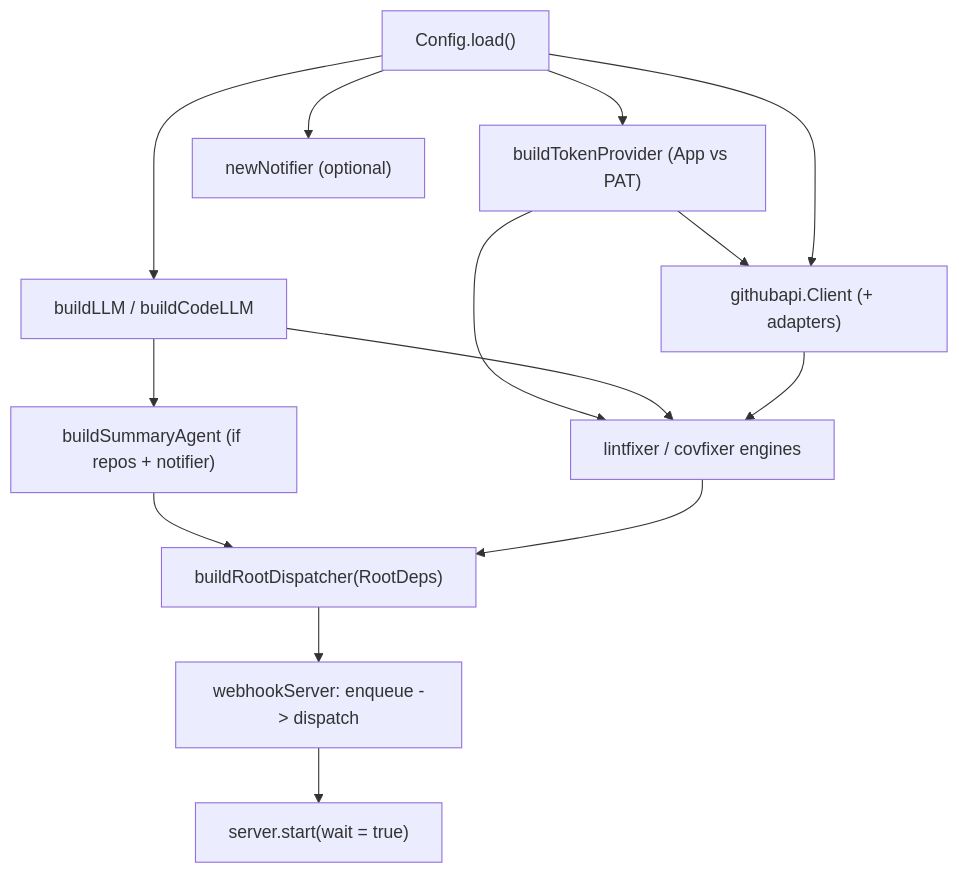
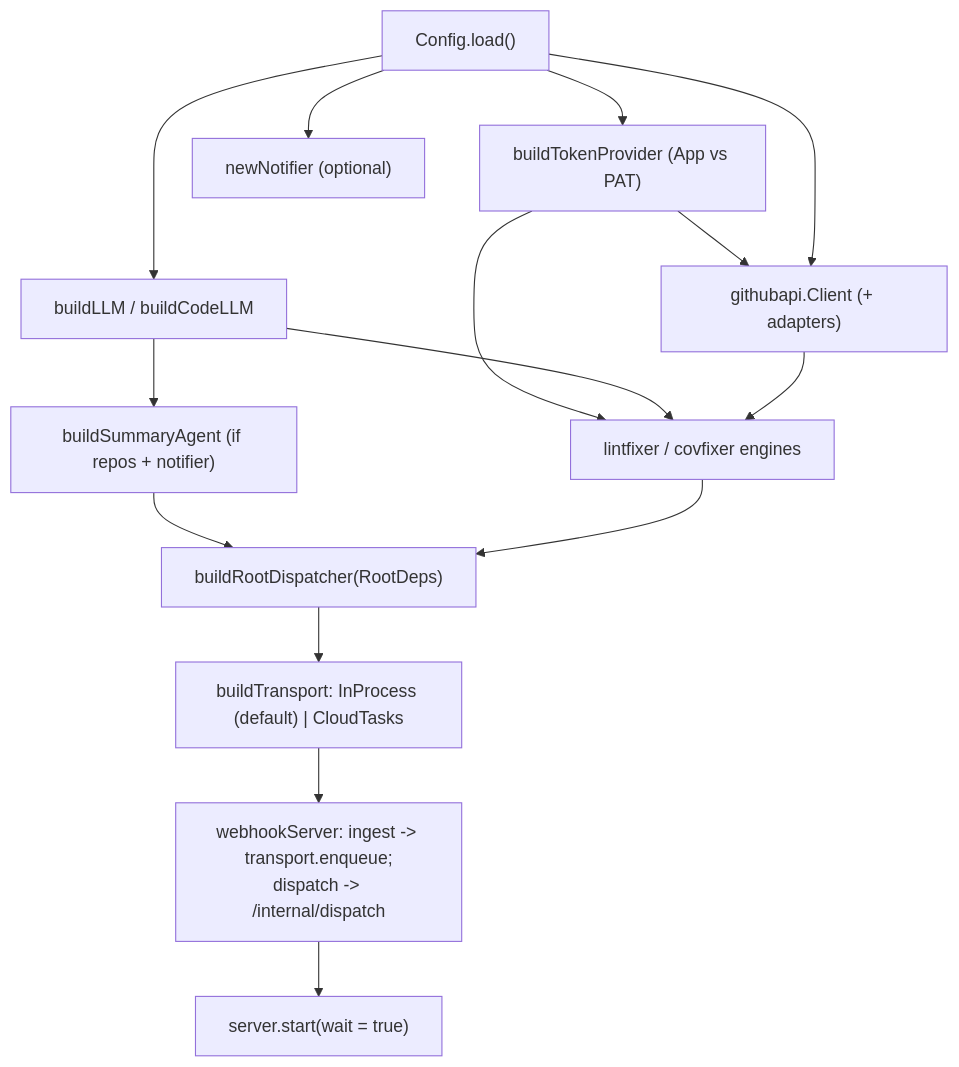
The diagram in kotlin/src/main/kotlin/com/automation/agent/app/AGENTS.md (jkjamies/automation-agent), drawn with Mermaid before and after one commit. The commit also changed other lines of this file and 18 other files, not shown here.

First line of the commit message:
Add in-request execution transport (Cloud Tasks) to the Kotlin port (#22)

````diff
--- a/kotlin/src/main/kotlin/com/automation/agent/app/AGENTS.md
+++ b/kotlin/src/main/kotlin/com/automation/agent/app/AGENTS.md
@@ -8,16 +8,17 @@
 ```mermaid
 flowchart TD
     Cfg["Config.load()"] --> LLM["buildLLM / buildCodeLLM"]
     Cfg --> AUTH["buildTokenProvider (App vs PAT)"]
     AUTH --> GH["githubapi.Client (+ adapters)"]
     AUTH --> FIX
     Cfg --> GH
     Cfg --> N["newNotifier (optional)"]
     LLM --> SUM["buildSummaryAgent (if repos + notifier)"]
     LLM --> FIX["lintfixer / covfixer engines"]
     GH --> FIX
     SUM --> DISP["buildRootDispatcher(RootDeps)"]
     FIX --> DISP
-    DISP --> WH["webhookServer: enqueue -> dispatch"]
+    DISP --> TX["buildTransport: InProcess (default) | CloudTasks"]
+    TX --> WH["webhookServer: ingest -> transport.enqueue;\ndispatch -> /internal/dispatch"]
     WH --> RUN["server.start(wait = true)"]
 ```
````
